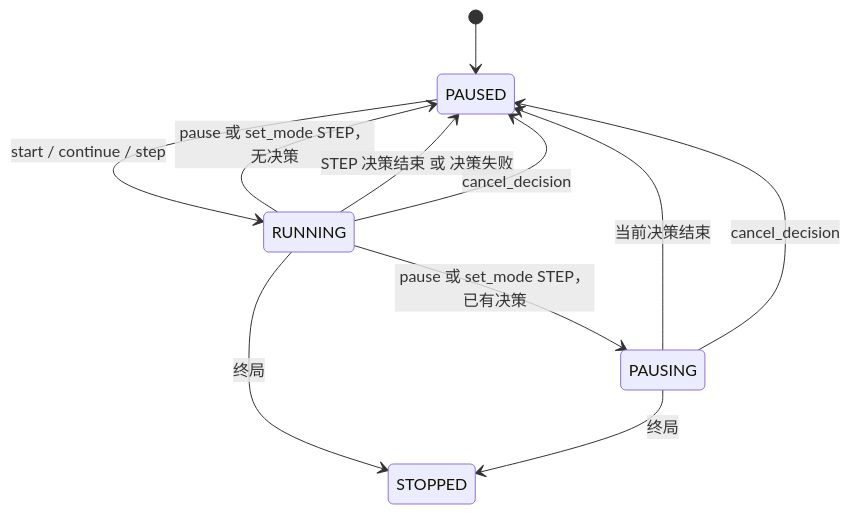
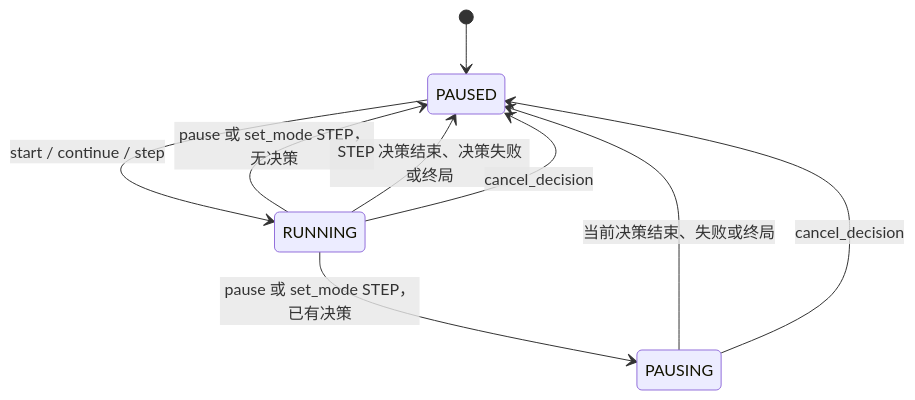
The second of 3 diagrams in docs/03-domain-model.md (boji-today/frayground), drawn with Mermaid before and after one commit. The commit also changed other lines of this file and 5 other files, not shown here.

````diff
--- a/docs/03-domain-model.md
+++ b/docs/03-domain-model.md
@@ -109,13 +109,11 @@
 ```mermaid
 stateDiagram-v2
   [*] --> PAUSED
   PAUSED --> RUNNING: start / continue / step
   RUNNING --> PAUSING: pause 或 set_mode STEP，已有决策
   RUNNING --> PAUSED: pause 或 set_mode STEP，无决策
-  RUNNING --> PAUSED: STEP 决策结束 或 决策失败
-  PAUSING --> PAUSED: 当前决策结束
-  RUNNING --> STOPPED: 终局
-  PAUSING --> STOPPED: 终局
+  RUNNING --> PAUSED: STEP 决策结束、决策失败或终局
+  PAUSING --> PAUSED: 当前决策结束、失败或终局
   RUNNING --> PAUSED: cancel_decision
   PAUSING --> PAUSED: cancel_decision
 ```
````
